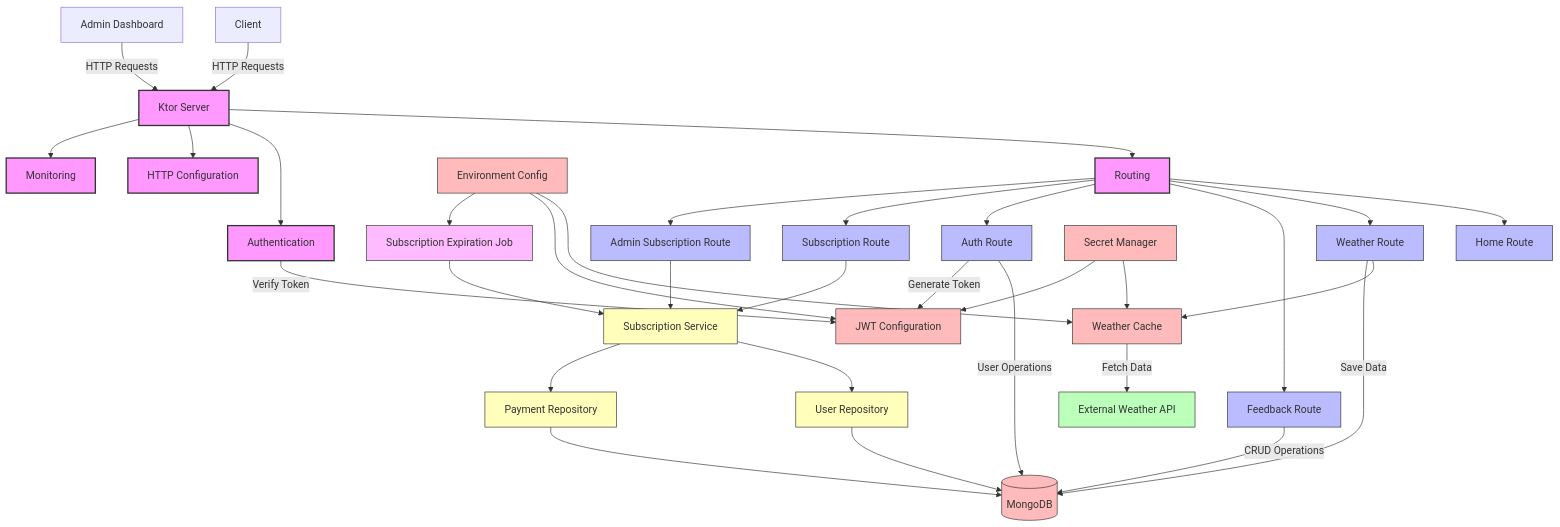
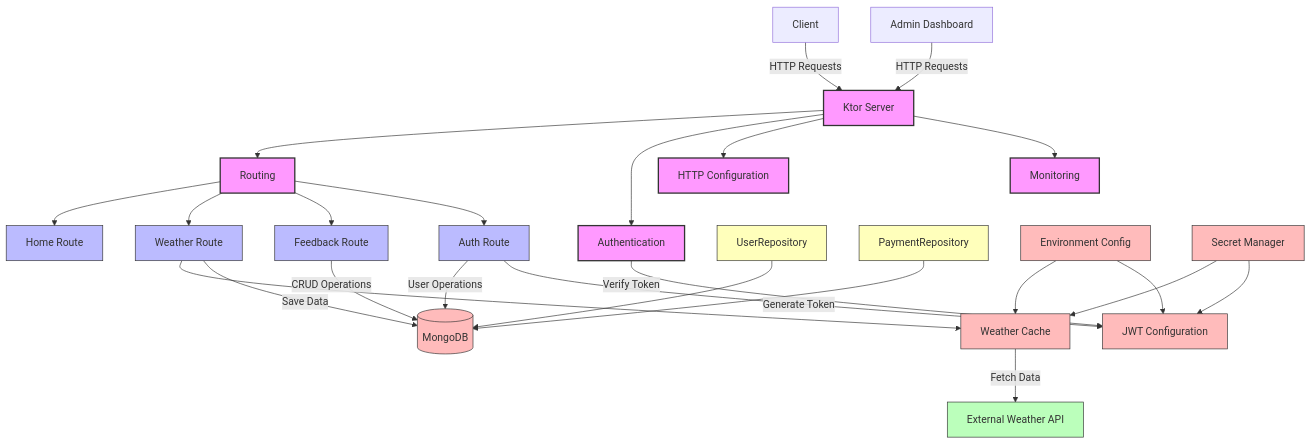
Before and after one commit to bosankus/weatherify-api-ktor: the diagram in docs/architecture.md, drawn with Mermaid. The commit also changed other lines of this file and 68 other files, not shown here.

````diff
--- a/docs/architecture.md
+++ b/docs/architecture.md
@@ -3,65 +3,55 @@
 ```mermaid
 graph TD
     Client[Client] --> |HTTP Requests| Server[Ktor Server]
     AdminUI[Admin Dashboard] --> |HTTP Requests| Server
     
     %% Main Application Components
     Server --> Routing[Routing]
     Server --> Authentication[Authentication]
     Server --> HTTP[HTTP Configuration]
     Server --> Monitoring[Monitoring]
     
     %% Routes
     Routing --> HomeRoute[Home Route]
     Routing --> WeatherRoute[Weather Route]
     Routing --> FeedbackRoute[Feedback Route]
     Routing --> AuthRoute[Auth Route]
-    Routing --> SubscriptionRoute[Subscription Route]
-    Routing --> AdminSubscriptionRoute[Admin Subscription Route]
+    
     
     %% Weather Components
     WeatherRoute --> WeatherCache[Weather Cache]
     WeatherCache --> |Fetch Data| ExternalAPI[External Weather API]
     WeatherRoute --> |Save Data| Database[(MongoDB)]
     
     %% Auth Components
     AuthRoute --> |User Operations| Database
     AuthRoute --> |Generate Token| JWTConfig[JWT Configuration]
     Authentication --> |Verify Token| JWTConfig
     
     %% Feedback Components
     FeedbackRoute --> |CRUD Operations| Database
     
-    %% Subscription Components
-    SubscriptionRoute --> SubscriptionService[Subscription Service]
-    AdminSubscriptionRoute --> SubscriptionService
-    SubscriptionService --> UserRepository[User Repository]
-    SubscriptionService --> PaymentRepository[Payment Repository]
+    %% Data Access
     UserRepository --> Database
     PaymentRepository --> Database
-    
-    %% Background Jobs
-    ExpirationJob[Subscription Expiration Job] --> SubscriptionService
     
     %% Environment & Configuration
     Environment[Environment Config] --> WeatherCache
     Environment --> JWTConfig
-    Environment --> ExpirationJob
     SecretManager[Secret Manager] --> WeatherCache
     SecretManager --> JWTConfig
     
     %% Legend
     classDef core fill:#f9f,stroke:#333,stroke-width:2px;
     classDef route fill:#bbf,stroke:#333,stroke-width:1px;
     classDef external fill:#bfb,stroke:#333,stroke-width:1px;
     classDef data fill:#fbb,stroke:#333,stroke-width:1px;
     classDef service fill:#ffb,stroke:#333,stroke-width:1px;
     classDef job fill:#fbf,stroke:#333,stroke-width:1px;
     
     class Server,Routing,Authentication,HTTP,Monitoring core;
-    class HomeRoute,WeatherRoute,FeedbackRoute,AuthRoute,SubscriptionRoute,AdminSubscriptionRoute route;
+    class HomeRoute,WeatherRoute,FeedbackRoute,AuthRoute route;
     class ExternalAPI external;
     class Database,Environment,SecretManager,JWTConfig,WeatherCache data;
-    class SubscriptionService,UserRepository,PaymentRepository service;
-    class ExpirationJob job;
+    class UserRepository,PaymentRepository service;
 ```
````
